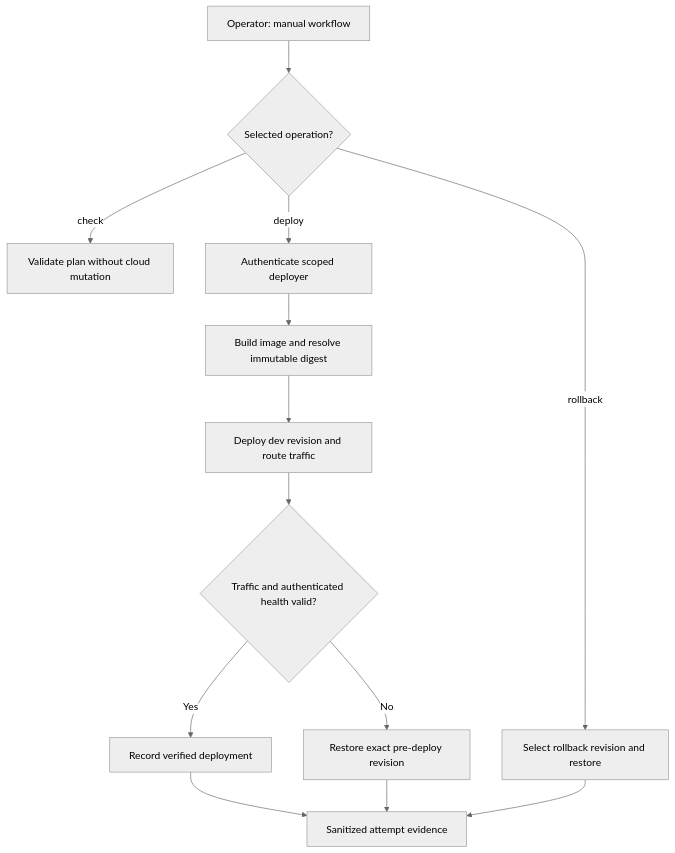
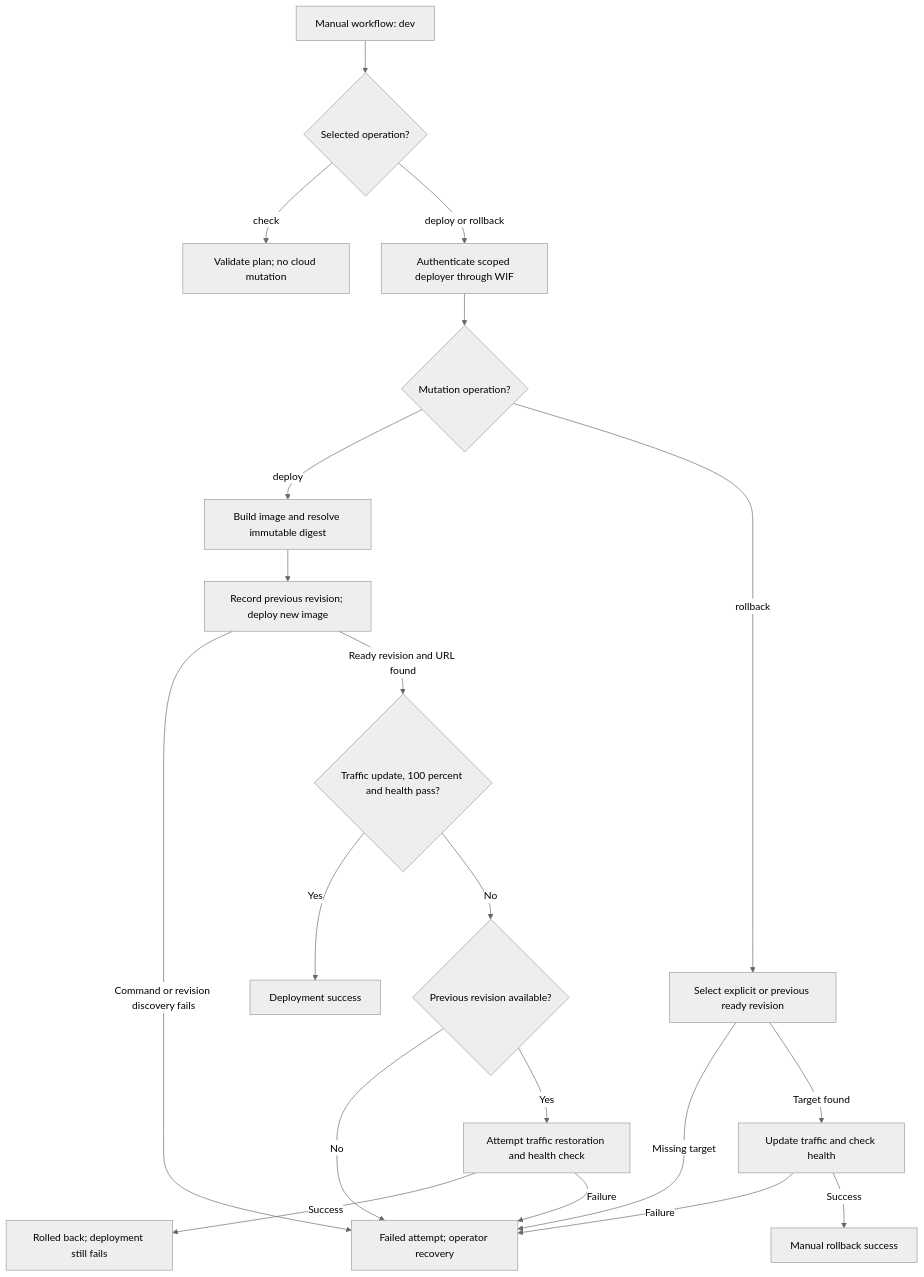
One commit to Soku-JINSEOK/Soku-Convention-Boilerplate changed the diagram in docs/guides/CLOUD_RUN_CICD.md. Above: the diagram before and after it, drawn with Mermaid (neutral theme). The commit also changed other lines of this file and 30 other files, not shown here.

First line of the commit message:
📚 docs(diagrams): align English views with implemented behavior

````diff
--- a/docs/guides/CLOUD_RUN_CICD.md
+++ b/docs/guides/CLOUD_RUN_CICD.md
@@ -9,15 +9,22 @@
 ```mermaid
 flowchart TD
-  operator["Operator: manual workflow"] --> operation{"Selected operation?"}
-  operation -->|"check"| checks["Validate plan without cloud mutation"]
-  operation -->|"deploy"| auth["Authenticate scoped deployer"]
-  auth --> imageNode["Build image and resolve immutable digest"]
-  imageNode --> deploy["Deploy dev revision and route traffic"]
-  deploy --> health{"Traffic and authenticated health valid?"}
-  health -->|"Yes"| success["Record verified deployment"]
-  health -->|"No"| restore["Restore exact pre-deploy revision"]
-  operation -->|"rollback"| rollback["Select rollback revision and restore"]
-  restore --> evidence["Sanitized attempt evidence"]
-  rollback --> evidence
-  success --> evidence
+  operator["Manual workflow: dev"] --> operation{"Selected operation?"}
+  operation -->|"check"| checks["Validate plan; no cloud mutation"]
+  operation -->|"deploy or rollback"| auth["Authenticate scoped deployer through WIF"]
+  auth --> mode{"Mutation operation?"}
+  mode -->|"deploy"| imageNode["Build image and resolve immutable digest"]
+  imageNode --> deploy["Record previous revision; deploy new image"]
+  deploy -->|"Command or revision discovery fails"| failed["Failed attempt; operator recovery"]
+  deploy -->|"Ready revision and URL found"| health{"Traffic update, 100 percent and health pass?"}
+  health -->|"Yes"| success["Deployment success"]
+  health -->|"No"| previous{"Previous revision available?"}
+  previous -->|"No"| failed
+  previous -->|"Yes"| restore["Attempt traffic restoration and health check"]
+  restore -->|"Success"| rolledBack["Rolled back; deployment still fails"]
+  restore -->|"Failure"| failed
+  mode -->|"rollback"| manual["Select explicit or previous ready revision"]
+  manual -->|"Missing target"| failed
+  manual -->|"Target found"| rollback["Update traffic and check health"]
+  rollback -->|"Failure"| failed
+  rollback -->|"Success"| recovered["Manual rollback success"]
 ```
````
